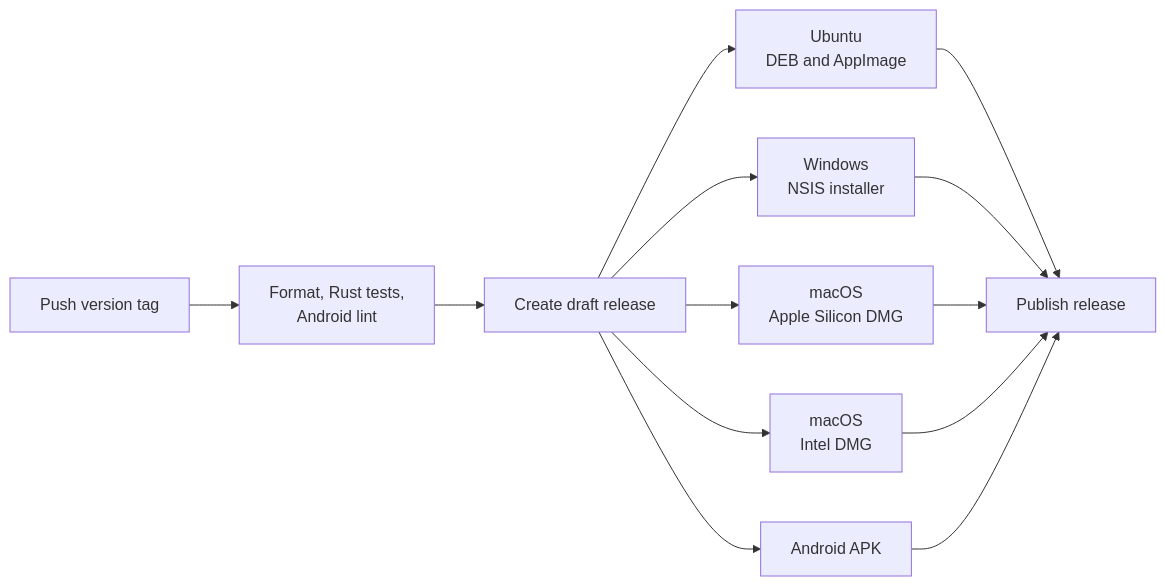
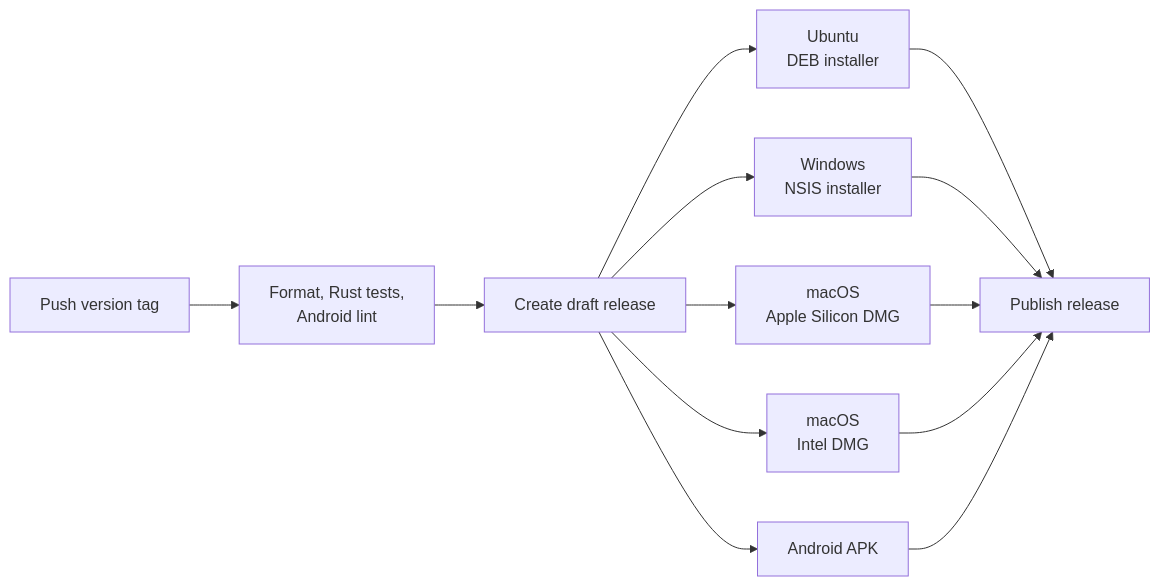
The fourth of 4 diagrams in README.md (Kaung-Myat/LanKuu), drawn with Mermaid before and after one commit. The commit also changed other lines of this file and 89 other files, not shown here.

````diff
--- a/README.md
+++ b/README.md
@@ -316,15 +314,15 @@
 ```mermaid
 flowchart LR
     Tag[Push version tag] --> Verify[Format, Rust tests,<br/>Android lint]
     Verify --> Draft[Create draft release]
-    Draft --> Ubuntu[Ubuntu<br/>DEB and AppImage]
+    Draft --> Ubuntu[Ubuntu<br/>DEB installer]
     Draft --> Windows[Windows<br/>NSIS installer]
     Draft --> MacArm[macOS<br/>Apple Silicon DMG]
     Draft --> MacIntel[macOS<br/>Intel DMG]
     Draft --> APK[Android APK]
     Ubuntu --> Publish[Publish release]
     Windows --> Publish
     MacArm --> Publish
     MacIntel --> Publish
     APK --> Publish
 ```
````
